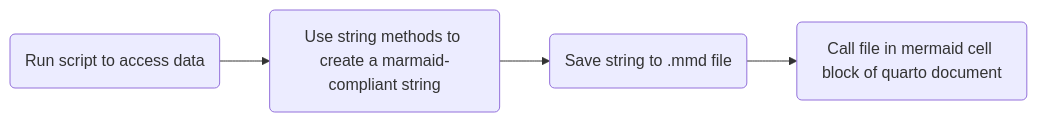
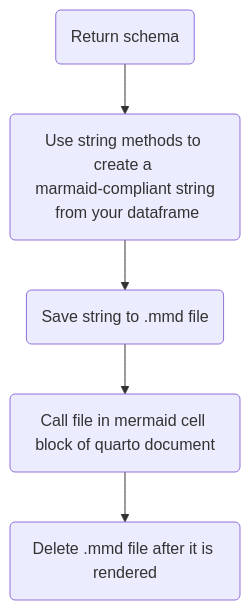
The first of 2 diagrams in posts/dynamic-quarto-documentation/index.qmd (mc-scott/ds-blog), drawn with Mermaid before and after one commit. The commit also changed other lines of this file and 27 other files, not shown here.

Commit message:
adding to mermaid documentation blog

````diff
--- a/posts/dynamic-quarto-documentation/index.qmd
+++ b/posts/dynamic-quarto-documentation/index.qmd
@@ -25,9 +36,10 @@
 ```{mermaid}
 %%| eval: true
-flowchart LR
-    A(Run script to access data)
-    B(Use string methods to create a marmaid-compliant string)
+flowchart TD
+    A(Return schema)
+    B(Use string methods to create a <br> marmaid-compliant string <br> from your dataframe)
     C(Save string to .mmd file)
     D(Call file in mermaid cell block of quarto document)
-    A --> B --> C --> D
+    E(Delete .mmd file after it is rendered)
+    A --> B --> C --> D --> E
 ```
````
